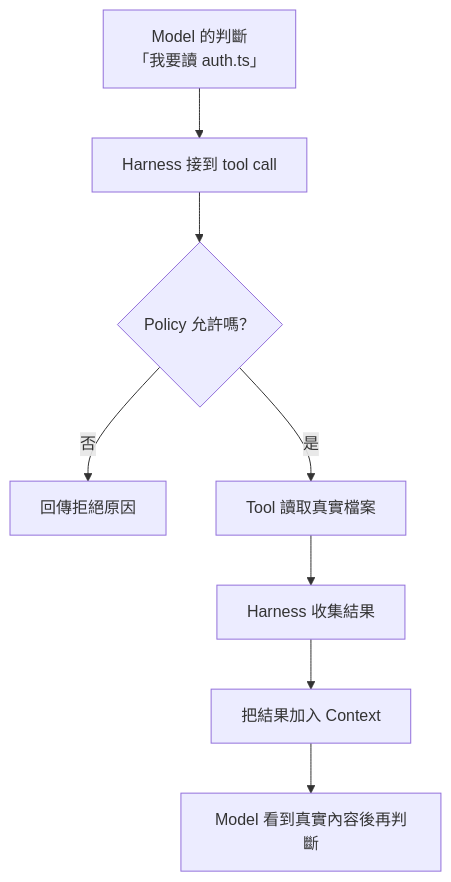
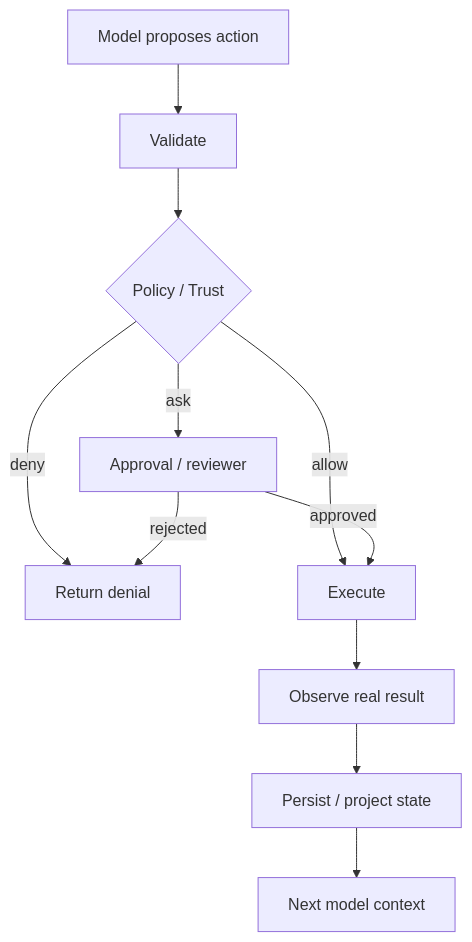
One commit to indigofeather/harness-book changed the second of 5 diagrams in docs/foundations/what-is-harness.md. Above: the diagram before and after it, drawn with Mermaid. The commit also changed other lines of this file and 48 other files, not shown here.

````diff
--- a/docs/foundations/what-is-harness.md
+++ b/docs/foundations/what-is-harness.md
@@ -57,10 +58,13 @@
 ```mermaid
 flowchart TD
-  A[Model 的判斷\n「我要讀 auth.ts」] --> B[Harness 接到 tool call]
-  B --> C{Policy 允許嗎？}
-  C -->|否| D[回傳拒絕原因]
-  C -->|是| E[Tool 讀取真實檔案]
-  E --> F[Harness 收集結果]
-  F --> G[把結果加入 Context]
-  G --> H[Model 看到真實內容後再判斷]
+  A[Model proposes action] --> V[Validate]
+  V --> P{Policy / Trust}
+  P -->|deny| D[Return denial]
+  P -->|ask| Q[Approval / reviewer]
+  P -->|allow| X[Execute]
+  Q -->|approved| X
+  Q -->|rejected| D
+  X --> O[Observe real result]
+  O --> S[Persist / project state]
+  S --> N[Next model context]
 ```
````
